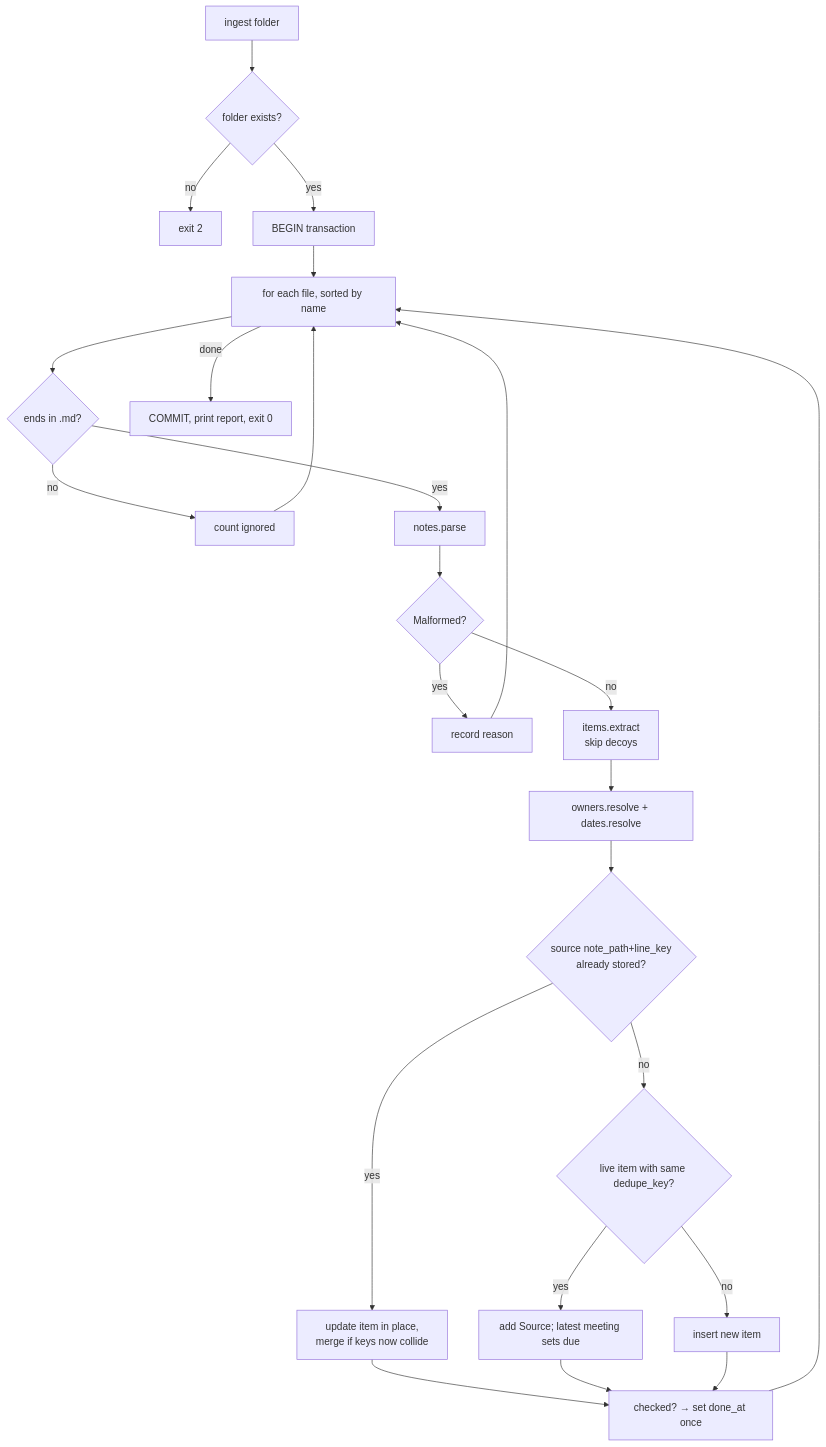
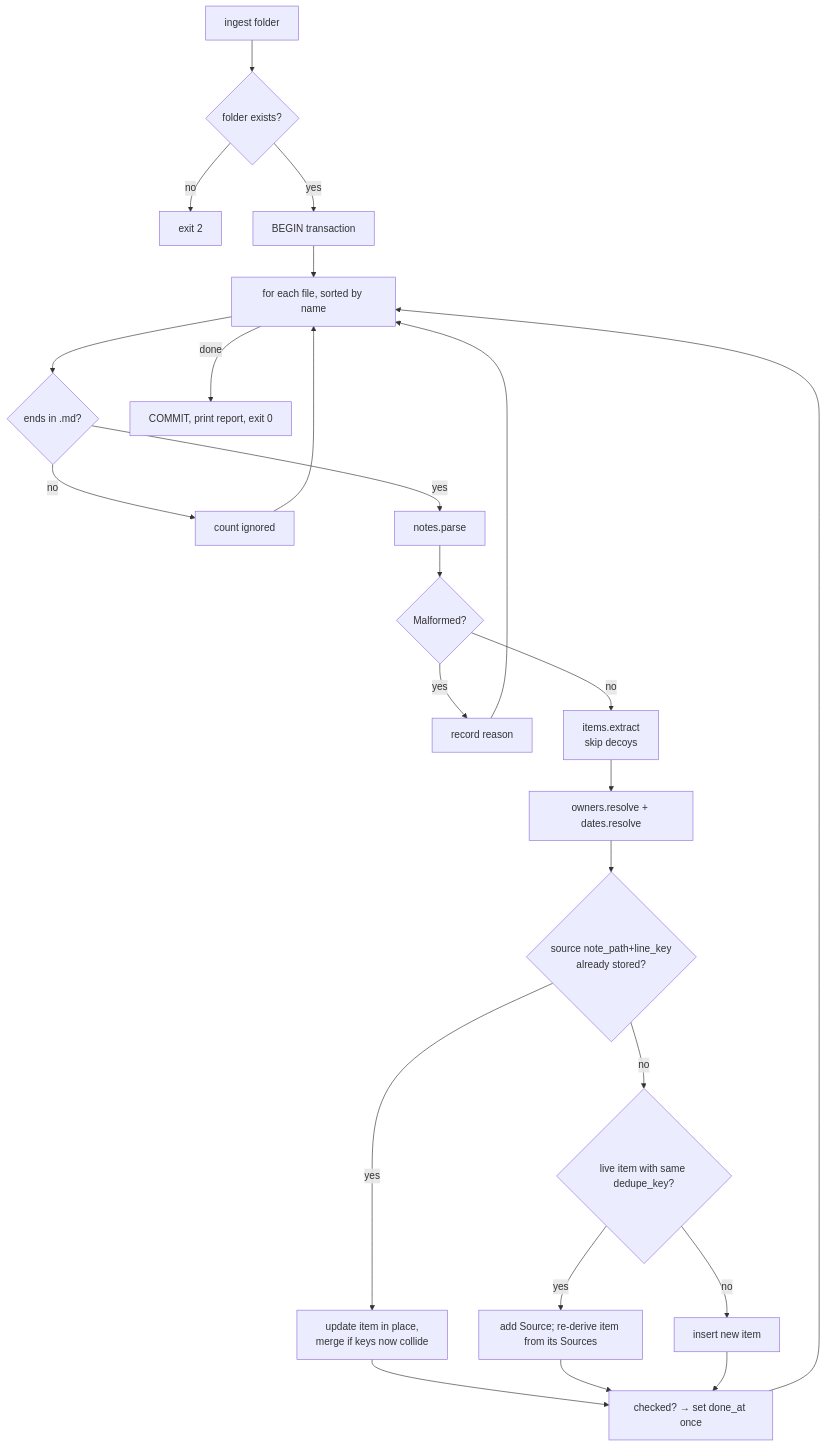
The second of 3 diagrams in docs/technical_details.md (yashdivekar-coditas/action-tracker), drawn with Mermaid before and after one commit. The commit also changed other lines of this file and 2 other files, not shown here.

Commit message:
docs: latest Source that has a Due Phrase sets the Due Date (FR-9)

````diff
--- a/docs/technical_details.md
+++ b/docs/technical_details.md
@@ -153,22 +157,22 @@
 ```mermaid
 flowchart TD
     A[ingest folder] --> B{folder exists?}
     B -- no --> X[exit 2]
     B -- yes --> T[BEGIN transaction]
     T --> C[for each file, sorted by name]
     C --> D{ends in .md?}
     D -- no --> I[count ignored] --> C
     D -- yes --> E[notes.parse]
     E --> F{Malformed?}
     F -- yes --> R[record reason] --> C
     F -- no --> G[items.extract<br/>skip decoys]
     G --> H[owners.resolve + dates.resolve]
     H --> K{source note_path+line_key<br/>already stored?}
     K -- yes --> L[update item in place,<br/>merge if keys now collide]
     K -- no --> M{live item with same dedupe_key?}
-    M -- yes --> N[add Source; latest meeting sets due]
+    M -- yes --> N[add Source; re-derive item from its Sources]
     M -- no --> O[insert new item]
     L & N & O --> P[checked? → set done_at once]
     P --> C
     C -- done --> Q[COMMIT, print report, exit 0]
 ```
````
